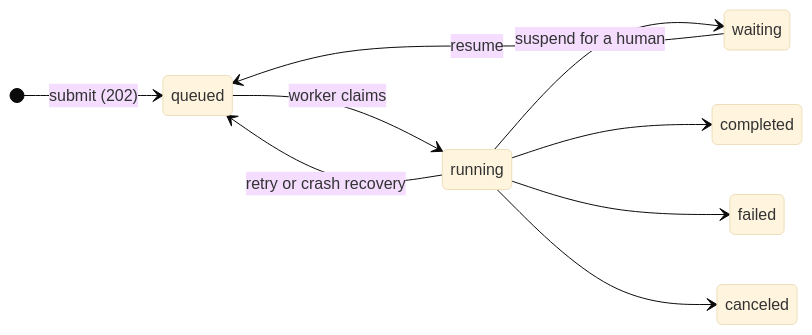
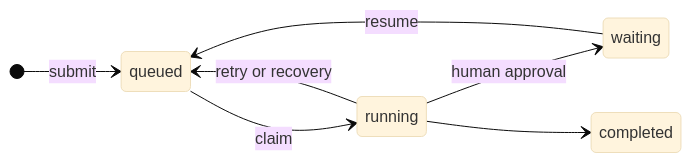
One commit to deepset-ai/hayhooks changed the diagram in docs/index.md. Above: the diagram before and after it, drawn with Mermaid (base theme). The commit also changed other lines of this file and 41 other files, not shown here.

````diff
--- a/docs/index.md
+++ b/docs/index.md
@@ -165,12 +87,10 @@
 ```mermaid
 stateDiagram-v2
     direction LR
-    [*] --> queued: submit (202)
-    queued --> running: worker claims
-    running --> waiting: suspend for a human
+    [*] --> queued: submit
+    queued --> running: claim
+    running --> waiting: human approval
     waiting --> queued: resume
-    running --> queued: retry or crash recovery
+    running --> queued: retry or recovery
     running --> completed
-    running --> failed
-    running --> canceled
 ```
````
